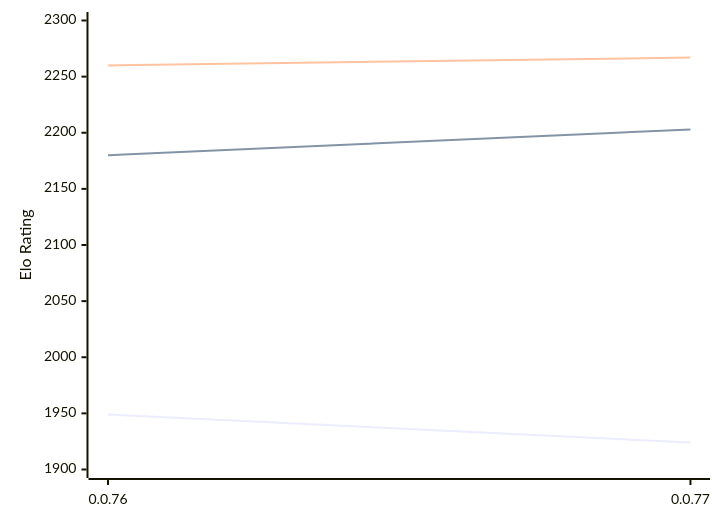
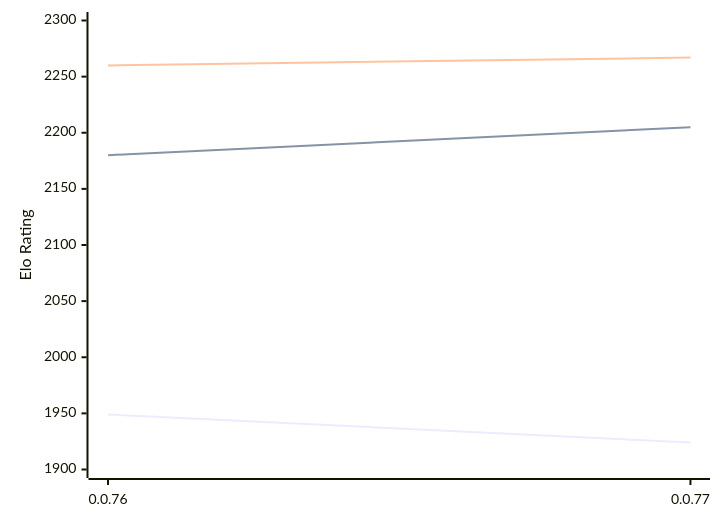
One commit to computer-chess-index/cci changed the diagram in engines/Fktb.md. Above: the diagram before and after it, drawn with Mermaid. The commit also changed other lines of this file, not shown here.

````diff
--- a/engines/Fktb.md
+++ b/engines/Fktb.md
@@ -29,9 +29,9 @@
 ```mermaid
 %%{init: {"theme":"base","themeVariables":{"seriesColors:['#a3a3a3','#222221','#faa371']}}}%%
 xychart-beta
   x-axis ["0.0.76", "0.0.77"]
   y-axis "Elo Rating" 1900 --> 2300
   line "STC (8.0+0.08s)" [1949, 1924]
-  line "LTC (60.0+0.60s)" [2180, 2203]
+  line "LTC (60.0+0.60s)" [2180, 2205]
   line "VLTC (2m24s+1.12s)" [2260, 2267]
 ```
````
